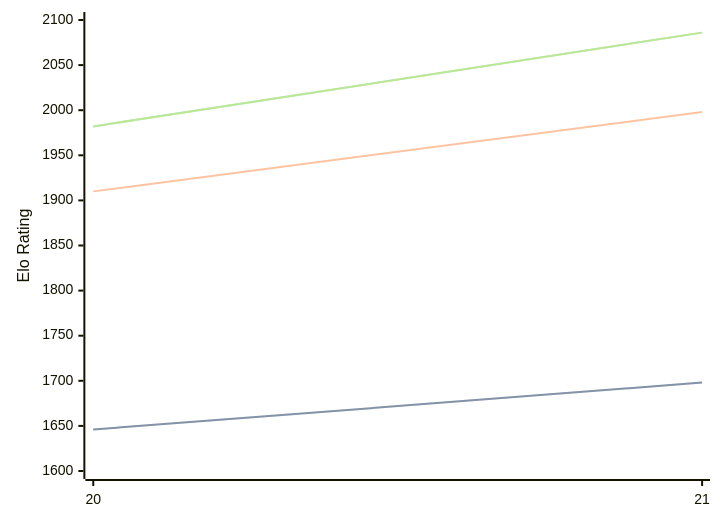
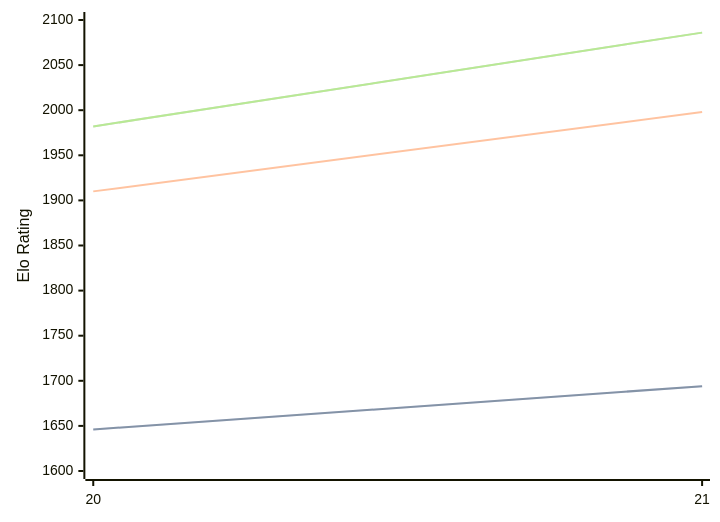
Before and after one commit to computer-chess-index/cci: the diagram in engines/PurplePanda.md, drawn with Mermaid. The commit also changed other lines of this file, not shown here.

````diff
--- a/engines/PurplePanda.md
+++ b/engines/PurplePanda.md
@@ -32,11 +32,11 @@
 ```mermaid
 %%{init: {"theme":"base","themeVariables":{"seriesColors:['#a3a3a3','#222221','#faa371']}}}%%
 xychart-beta
   x-axis ["20", "21"]
   y-axis "Elo Rating" 1600 --> 2100
-  line "" [1646, 1698]
-  line "STC (8.0+0.08s)" [1646, 1698]
+  line "" [1646, 1694]
+  line "STC (8.0+0.08s)" [1646, 1694]
   line "LTC (60.0+0.60s)" [1910, 1998]
   line "" [1982, 2086]
   line "VLTC (2m24s+1.12s)" [1982, 2086]
 ```
````
